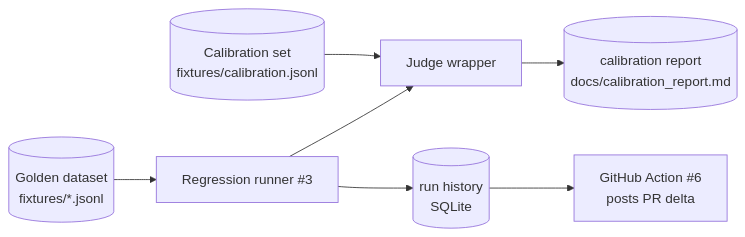
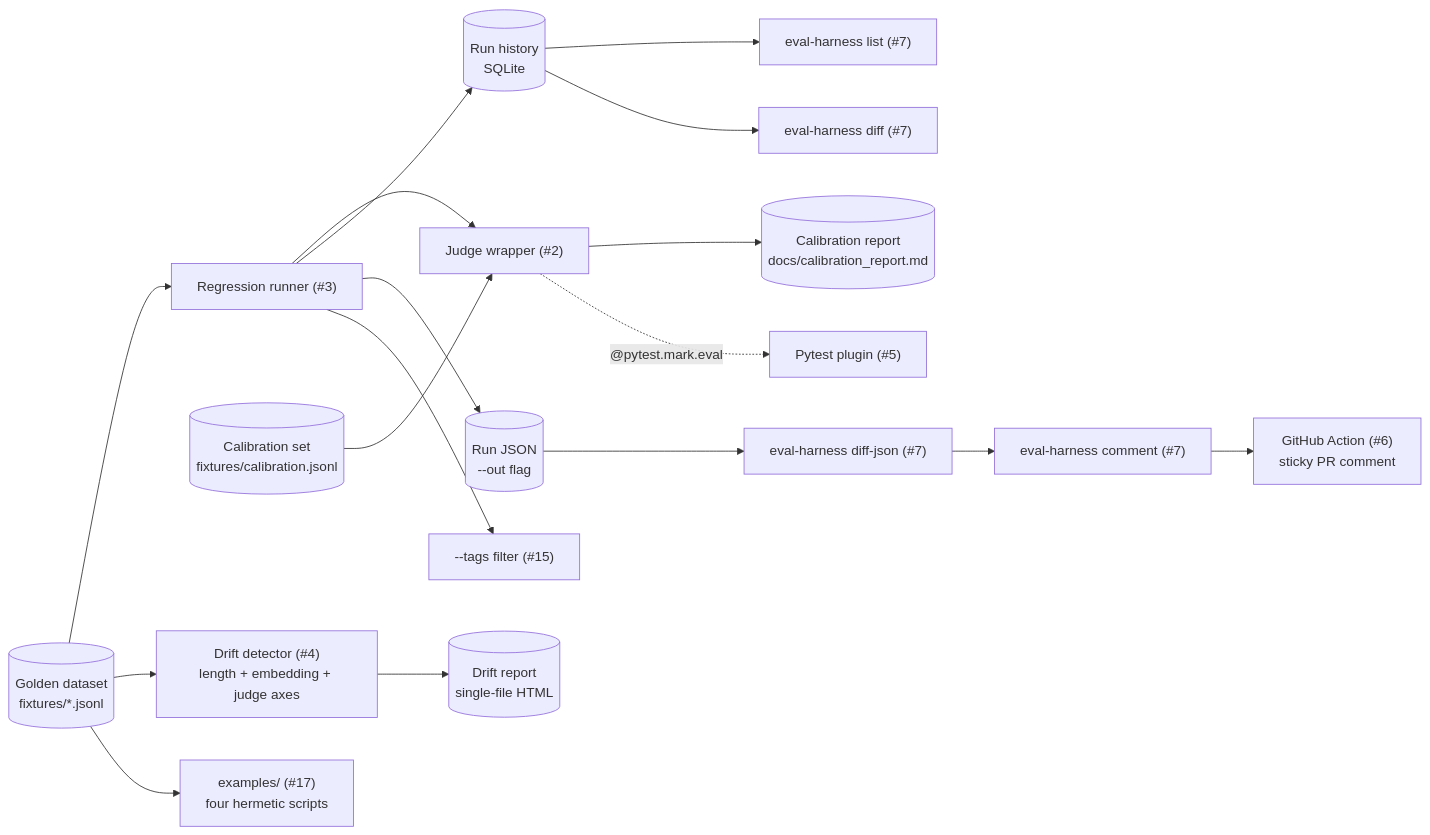
One commit to jt-mchorse/llm-eval-harness changed the diagram in README.md. Above: the diagram before and after it, drawn with Mermaid. The commit also changed other lines of this file and 3 other files, not shown here.

````diff
--- a/README.md
+++ b/README.md
@@ -40,9 +65,19 @@
 ```mermaid
 flowchart LR
-  DS[(Golden dataset<br/>fixtures/*.jsonl)] --> RUN[Regression runner #3]
-  CAL[(Calibration set<br/>fixtures/calibration.jsonl)] --> JUDGE
-  JUDGE[Judge wrapper] --> CALOUT[(calibration report<br/>docs/calibration_report.md)]
+  DS[("Golden dataset<br/>fixtures/*.jsonl")] --> RUN["Regression runner (#3)"]
+  CAL[("Calibration set<br/>fixtures/calibration.jsonl")] --> JUDGE
+  JUDGE["Judge wrapper (#2)"] --> CALOUT[("Calibration report<br/>docs/calibration_report.md")]
   RUN --> JUDGE
-  RUN --> SQLITE[(run history<br/>SQLite)]
-  SQLITE --> ACTION[GitHub Action #6<br/>posts PR delta]
+  RUN --> SQLITE[("Run history<br/>SQLite")]
+  SQLITE --> LIST["eval-harness list (#7)"]
+  SQLITE --> DIFF["eval-harness diff (#7)"]
+  RUN --> JSON[("Run JSON<br/>--out flag")]
+  JSON --> DIFFJSON["eval-harness diff-json (#7)"]
+  DIFFJSON --> COMMENT["eval-harness comment (#7)"]
+  COMMENT --> ACTION["GitHub Action (#6)<br/>sticky PR comment"]
+  RUN --> TAGS["--tags filter (#15)"]
+  DS --> DRIFT["Drift detector (#4)<br/>length + embedding + judge axes"]
+  DRIFT --> HTML[("Drift report<br/>single-file HTML")]
+  JUDGE -.->|"@pytest.mark.eval"| PYTEST["Pytest plugin (#5)"]
+  DS --> EXAMPLES["examples/ (#17)<br/>four hermetic scripts"]
 ```
````
